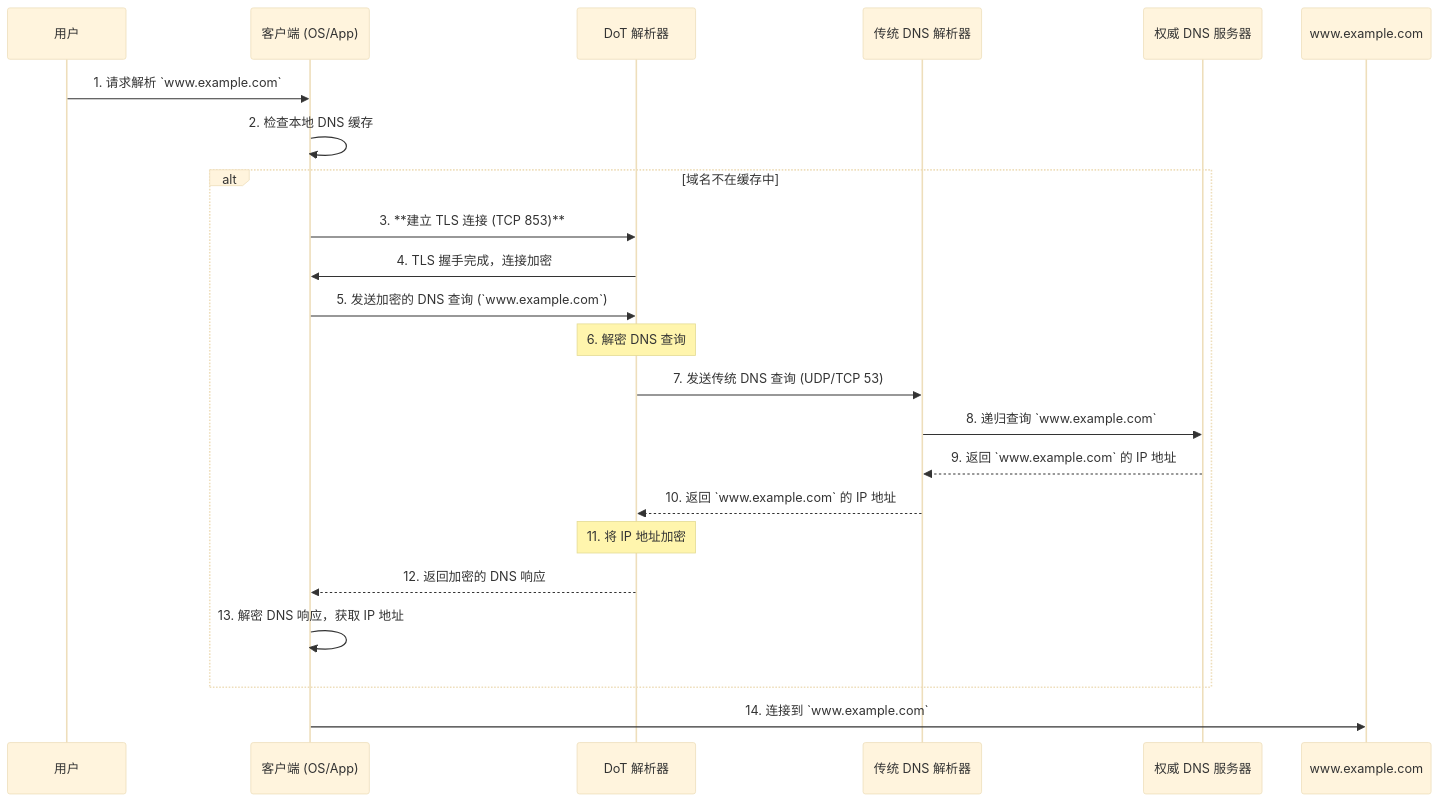
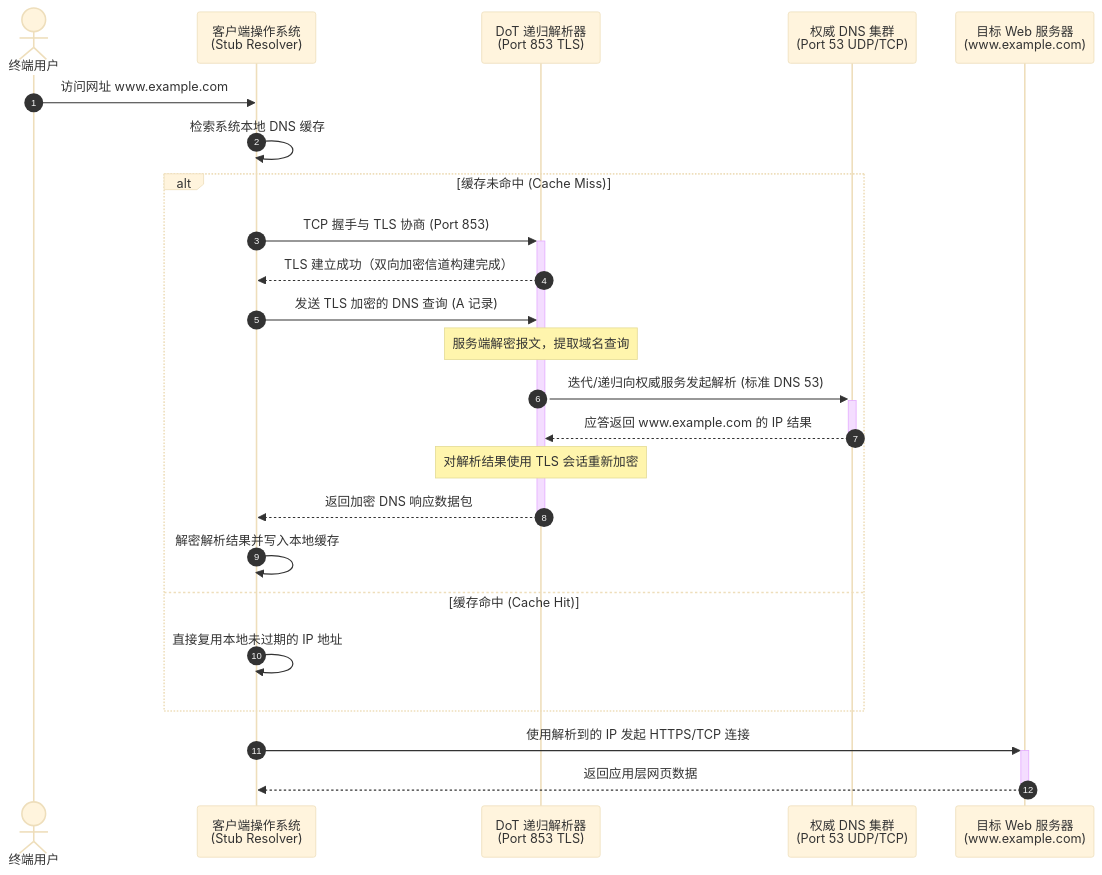
The first of 2 diagrams in source/_posts/2023/2023-03-20_DNS over TLS (DoT) 与 DNS over HTTPS (DoH) 协议详解.md (teatang/t-blog), drawn with Mermaid (base theme) before and after one commit. The commit also changed other lines of this file and 26 other files, not shown here.

```diff
--- a/source/_posts/2023/2023-03-20_DNS over TLS (DoT) 与 DNS over HTTPS (DoH) 协议详解.md
+++ b/source/_posts/2023/2023-03-20_DNS over TLS (DoT) 与 DNS over HTTPS (DoH) 协议详解.md
@@ -45,25 +45,33 @@
 {% mermaid %}
 sequenceDiagram
-    participant User as 用户
-    participant Client as 客户端 (OS/App)
-    participant DoT_Resolver as DoT 解析器
-    participant Trad_DNS_Resolver as 传统 DNS 解析器
-    participant Auth_DNS as 权威 DNS 服务器
+    autonumber
+    actor User as 终端用户
+    participant Client as 客户端操作系统<br/>(Stub Resolver)
+    participant DoT as DoT 递归解析器<br/>(Port 853 TLS)
+    participant Auth as 权威 DNS 集群<br/>(Port 53 UDP/TCP)
+    participant Web as 目标 Web 服务器<br/>(www.example.com)
 
-    User->>Client: 1. 请求解析 `www.example.com`
-    Client->>Client: 2. 检查本地 DNS 缓存
-    alt 域名不在缓存中
-        Client->>DoT_Resolver: 3. **建立 TLS 连接 (TCP 853)**
-        DoT_Resolver->>Client: 4. TLS 握手完成，连接加密
-        Client->>DoT_Resolver: 5. 发送加密的 DNS 查询 (`www.example.com`)
-        Note over DoT_Resolver: 6. 解密 DNS 查询
-        DoT_Resolver->>Trad_DNS_Resolver: 7. 发送传统 DNS 查询 (UDP/TCP 53)
-        Trad_DNS_Resolver->>Auth_DNS: 8. 递归查询 `www.example.com`
-        Auth_DNS-->>Trad_DNS_Resolver: 9. 返回 `www.example.com` 的 IP 地址
-        Trad_DNS_Resolver-->>DoT_Resolver: 10. 返回 `www.example.com` 的 IP 地址
-        Note over DoT_Resolver: 11. 将 IP 地址加密
-        DoT_Resolver-->>Client: 12. 返回加密的 DNS 响应
-        Client->>Client: 13. 解密 DNS 响应，获取 IP 地址
+    User->>Client: 访问网址 www.example.com
+    Client->>Client: 检索系统本地 DNS 缓存
+
+    alt 缓存未命中 (Cache Miss)
+        Client->>+DoT: TCP 握手与 TLS 协商 (Port 853)
+        DoT-->>Client: TLS 建立成功（双向加密信道构建完成）
+        
+        Client->>DoT: 发送 TLS 加密的 DNS 查询 (A 记录)
+        Note over DoT: 服务端解密报文，提取域名查询
+        
+        DoT->>+Auth: 迭代/递归向权威服务发起解析 (标准 DNS 53)
+        Auth-->>-DoT: 应答返回 www.example.com 的 IP 结果
+        
+        Note over DoT: 对解析结果使用 TLS 会话重新加密
+        DoT-->>-Client: 返回加密 DNS 响应数据包
+        
+        Client->>Client: 解密解析结果并写入本地缓存
+    else 缓存命中 (Cache Hit)
+        Client->>Client: 直接复用本地未过期的 IP 地址
     end
-    Client->>www.example.com: 14. 连接到 `www.example.com`
+
+    Client->>+Web: 使用解析到的 IP 发起 HTTPS/TCP 连接
+    Web-->>-Client: 返回应用层网页数据
 {% endmermaid %}
```
